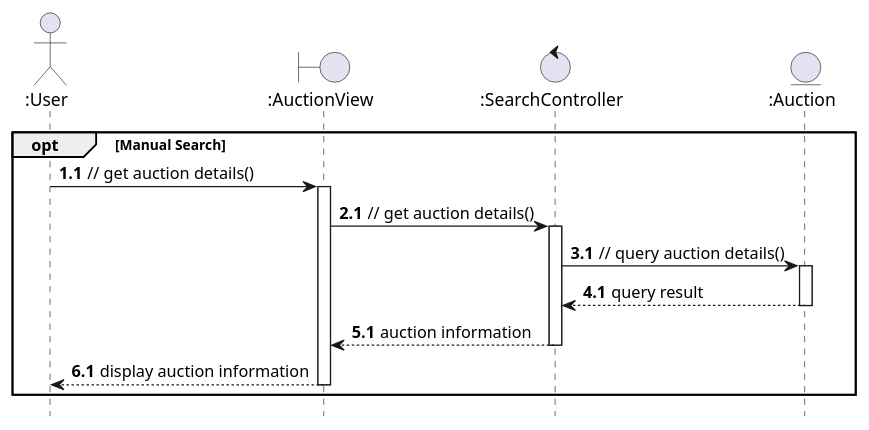
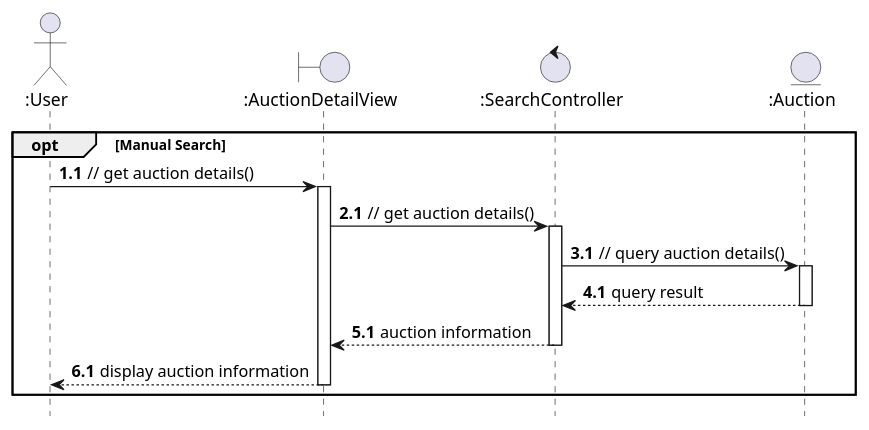
Before and after one commit to anhbanlinhle/velocity-exchange: the diagram in uml/analysis/sequence/view_auction_information.pu, drawn with PlantUML.

Commit message:
doc[lynn]: seq diagram no. 7 fix name

```diff
--- a/uml/analysis/sequence/view_auction_information.pu
+++ b/uml/analysis/sequence/view_auction_information.pu
@@ -1,33 +1,33 @@
 @startuml
 hide footbox
 
 actor ":User" as User
-boundary ":AuctionView" as AuctionView
+boundary ":AuctionDetailView" as AuctionView
 control ":SearchController" as SearchController
 entity ":Auction" as Auction
 
 autonumber
 
 opt Manual Search
   autonumber 1.1
     User -> AuctionView: // get auction details()
     autonumber inc A
     activate AuctionView
       AuctionView -> SearchController: // get auction details()
       autonumber inc A
       activate SearchController
         SearchController -> Auction: // query auction details()
           autonumber inc A
           activate Auction
             Auction --> SearchController: query result
             autonumber inc A
           deactivate Auction
         SearchController --> AuctionView: auction information
         autonumber inc A
       deactivate SearchController
       AuctionView --> User: display auction information
       autonumber inc A
     deactivate AuctionView
 end
 
 @enduml
```
